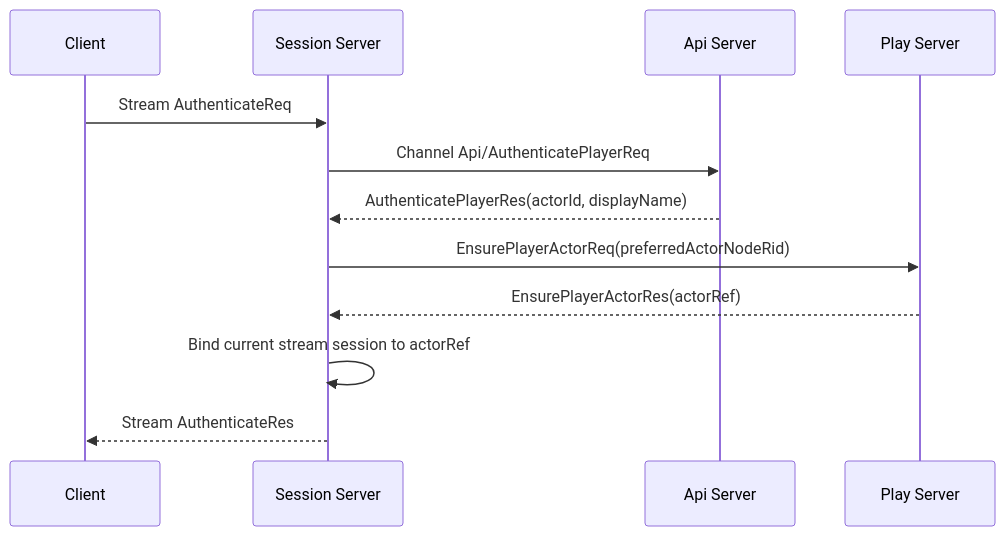
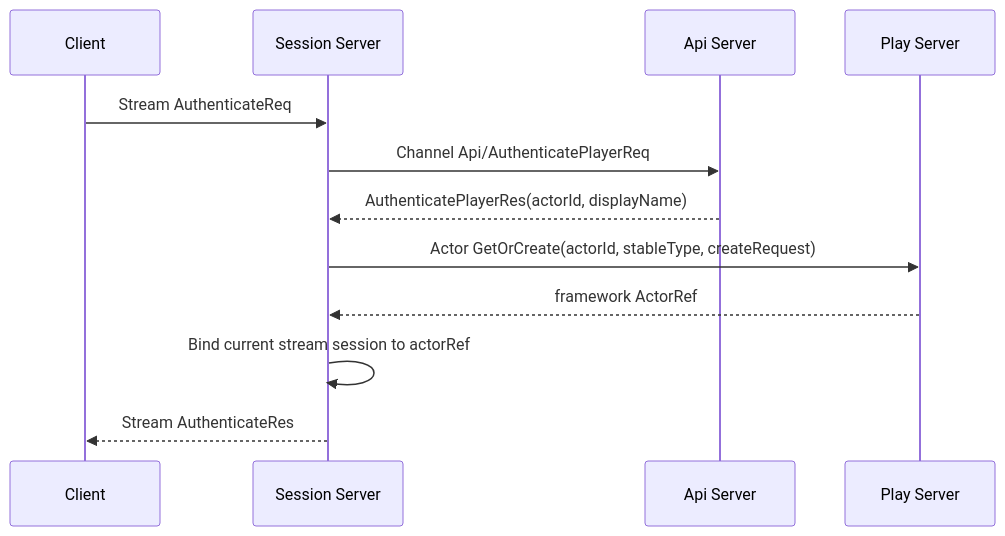
One commit to kairos-code-dev/zlink changed the second of 5 diagrams in framework/doc/framework/common/sample/bingo/README.ko.md. Above: the diagram before and after it, drawn with Mermaid. The commit also changed other lines of this file and 725 other files, not shown here.

````diff
--- a/framework/doc/framework/common/sample/bingo/README.ko.md
+++ b/framework/doc/framework/common/sample/bingo/README.ko.md
@@ -991,15 +934,15 @@
 ```mermaid
 sequenceDiagram
     participant C as Client
     participant S as Session Server
     participant API as Api Server
     participant P as Play Server
 
     C->>S: Stream AuthenticateReq
     S->>API: Channel Api/AuthenticatePlayerReq
     API-->>S: AuthenticatePlayerRes(actorId, displayName)
-    S->>P: EnsurePlayerActorReq(preferredActorNodeRid)
-    P-->>S: EnsurePlayerActorRes(actorRef)
+    S->>P: Actor GetOrCreate(actorId, stableType, createRequest)
+    P-->>S: framework ActorRef
     S->>S: Bind current stream session to actorRef
     S-->>C: Stream AuthenticateRes
 ```
````
